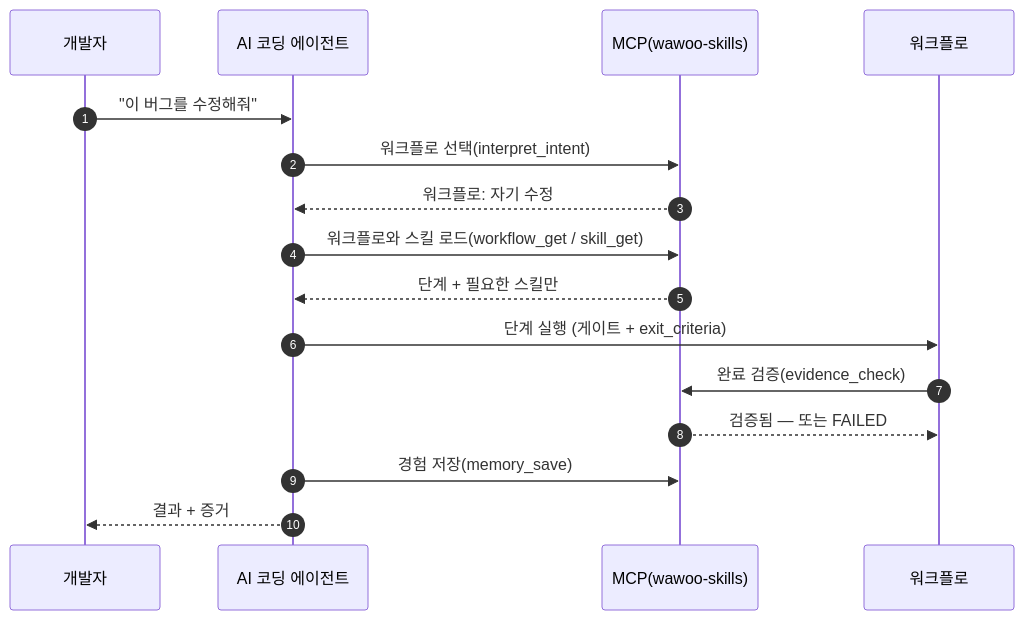
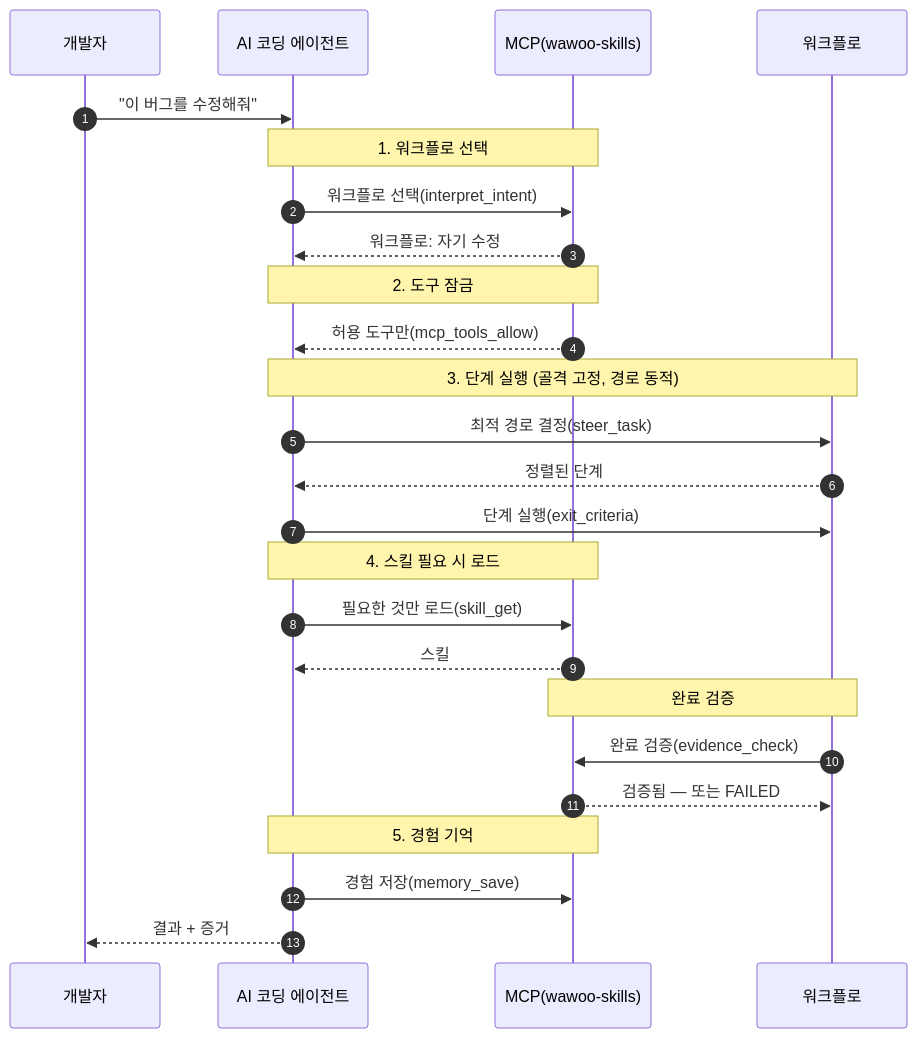
One commit to parkwoo/wawoo-agent-skills changed the diagram in README.ko.md. Above: the diagram before and after it, drawn with Mermaid. The commit also changed 3 other files, not shown here.

Commit message:
docs: number the sequence diagram to match the five components (dynamic path inside step 3)

````diff
--- a/README.ko.md
+++ b/README.ko.md
@@ -62,18 +62,27 @@
 ```mermaid
 sequenceDiagram
     autonumber
     participant U as 개발자
     participant A as AI 코딩 에이전트
     participant M as MCP(wawoo-skills)
     participant W as 워크플로
     U->>A: "이 버그를 수정해줘"
+    Note over A,M: 1. 워크플로 선택
     A->>M: 워크플로 선택(interpret_intent)
     M-->>A: 워크플로: 자기 수정
-    A->>M: 워크플로와 스킬 로드(workflow_get / skill_get)
-    M-->>A: 단계 + 필요한 스킬만
-    A->>W: 단계 실행 (게이트 + exit_criteria)
+    Note over A,M: 2. 도구 잠금
+    M-->>A: 허용 도구만(mcp_tools_allow)
+    Note over A,W: 3. 단계 실행 (골격 고정, 경로 동적)
+    A->>W: 최적 경로 결정(steer_task)
+    W-->>A: 정렬된 단계
+    A->>W: 단계 실행(exit_criteria)
+    Note over A,M: 4. 스킬 필요 시 로드
+    A->>M: 필요한 것만 로드(skill_get)
+    M-->>A: 스킬
+    Note over W,M: 완료 검증
     W->>M: 완료 검증(evidence_check)
     M-->>W: 검증됨 — 또는 FAILED
+    Note over A,M: 5. 경험 기억
     A->>M: 경험 저장(memory_save)
     A-->>U: 결과 + 증거
 ```
````
